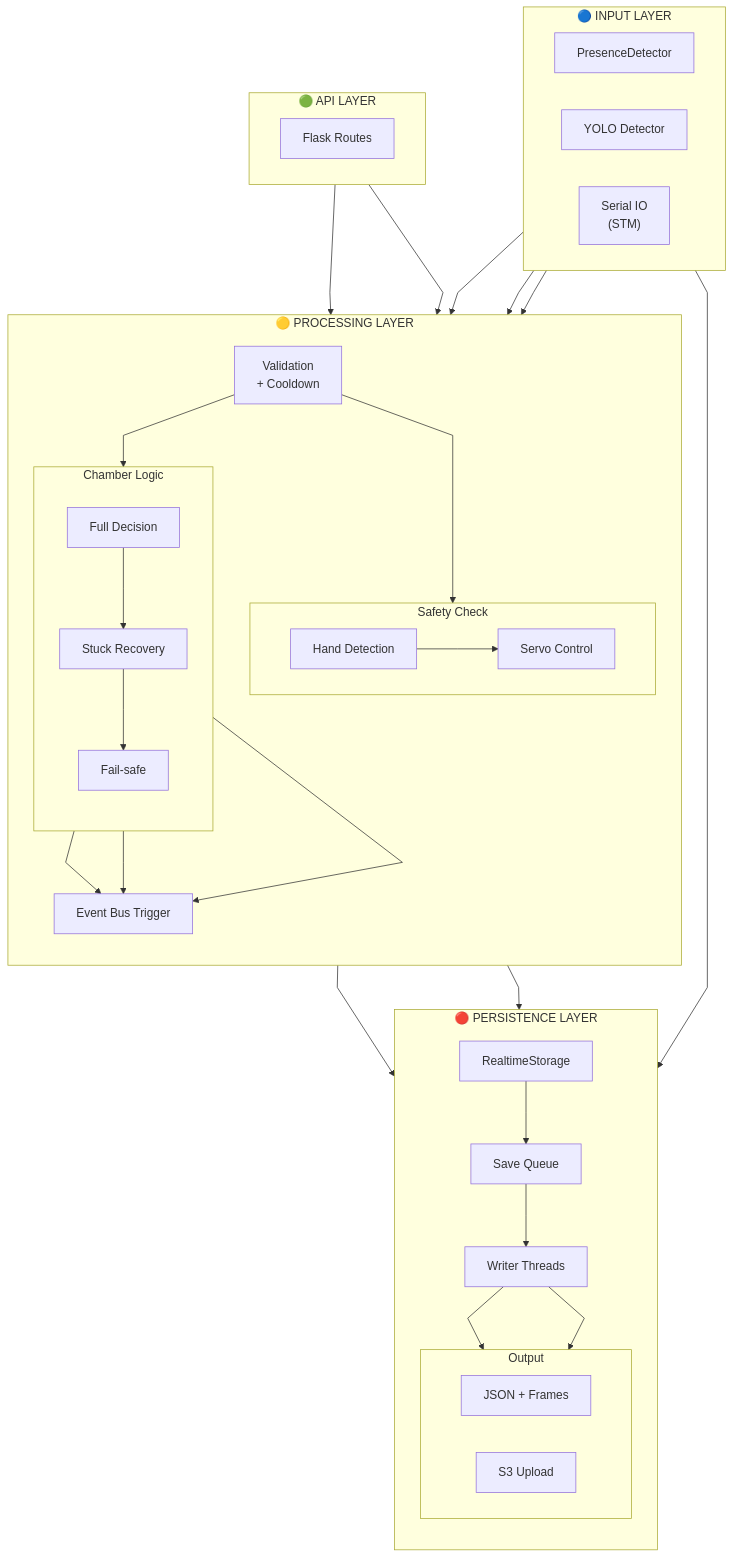
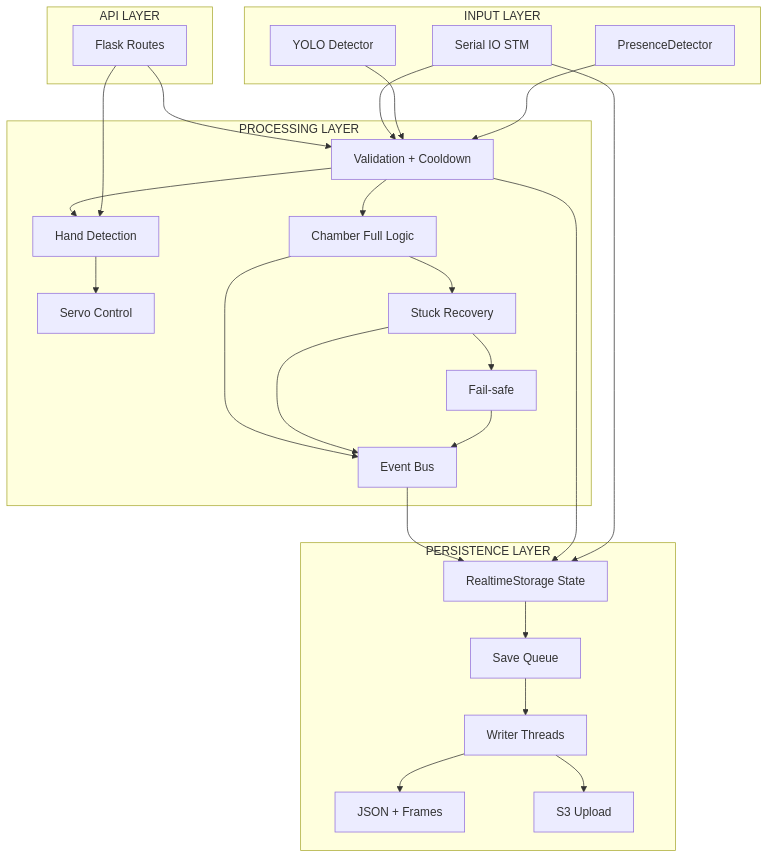
One commit to qimmtheconqueror/Object-Detection-With-Hailo changed the third of 19 diagrams in README.md. Above: the diagram before and after it, drawn with Mermaid. The commit also changed other lines of this file, not shown here.

Commit message:
Refactor backend component diagram in README

````diff
--- a/README.md
+++ b/README.md
@@ -101,79 +101,56 @@
 ```mermaid
-%%{init: {'flowchart': {'curve': 'linear', 'rankSpacing': 60, 'nodeSpacing': 50}}}%%
 flowchart TB
-    subgraph Input[" 🔵 INPUT LAYER "]
-      direction LR
-      PRES["PresenceDetector"]
-      DETECT["YOLO Detector"]
-      SERIAL["Serial IO<br/>(STM)"]
+    subgraph InputLayer[" INPUT LAYER "]
+      PRES[PresenceDetector]
+      DETECT[YOLO Detector]
+      SERIAL[Serial IO STM]
     end
 
-    subgraph API[" 🟢 API LAYER "]
-      direction LR
-      FLASK["Flask Routes"]
+    subgraph APILayer[" API LAYER "]
+      FLASK[Flask Routes]
     end
 
-    subgraph Process[" 🟡 PROCESSING LAYER "]
-      direction TB
-      VAL["Validation<br/>+ Cooldown"]
-      
-      subgraph SafetyCheck[" Safety Check "]
-        direction LR
-        HAND["Hand Detection"]
-        SERVO["Servo Control"]
-      end
-      
-      subgraph ChamberLogic[" Chamber Logic "]
-        direction TB
-        FULL["Full Decision"]
-        STUCK["Stuck Recovery"]
-        FS["Fail-safe"]
-      end
-      
-      EVBUS["Event Bus Trigger"]
+    subgraph ProcessLayer[" PROCESSING LAYER "]
+      VAL[Validation + Cooldown]
+      HAND[Hand Detection]
+      SERVO[Servo Control]
+      FULL[Chamber Full Logic]
+      STUCK[Stuck Recovery]
+      FS[Fail-safe]
+      EVBUS[Event Bus]
     end
 
-    subgraph Store[" 🔴 PERSISTENCE LAYER "]
-      direction TB
-      RTS["RealtimeStorage"]
-      QUEUE["Save Queue"]
-      WRITERS["Writer Threads"]
-      
-      subgraph Output[" Output "]
-        direction LR
-        FILES["JSON + Frames"]
-        S3["S3 Upload"]
-      end
+    subgraph StoreLayer[" PERSISTENCE LAYER "]
+      RTS[RealtimeStorage State]
+      QUEUE[Save Queue]
+      WRITERS[Writer Threads]
+      FILES[JSON + Frames]
+      S3[S3 Upload]
     end
 
-    %% Input → Processing
     PRES --> VAL
     DETECT --> VAL
     SERIAL --> VAL
 
-    %% API → Processing
     FLASK --> VAL
     FLASK --> HAND
 
-    %% Processing internal flow
     VAL --> HAND
+    VAL --> FULL
     HAND --> SERVO
-    VAL --> FULL
     FULL --> STUCK
     STUCK --> FS
     
     FS --> EVBUS
     STUCK --> EVBUS
     FULL --> EVBUS
 
-    %% Processing → Storage
     SERIAL --> RTS
     VAL --> RTS
     EVBUS --> RTS
 
-    %% Storage flow
     RTS --> QUEUE
     QUEUE --> WRITERS
     WRITERS --> FILES
     WRITERS --> S3
 ```
````
